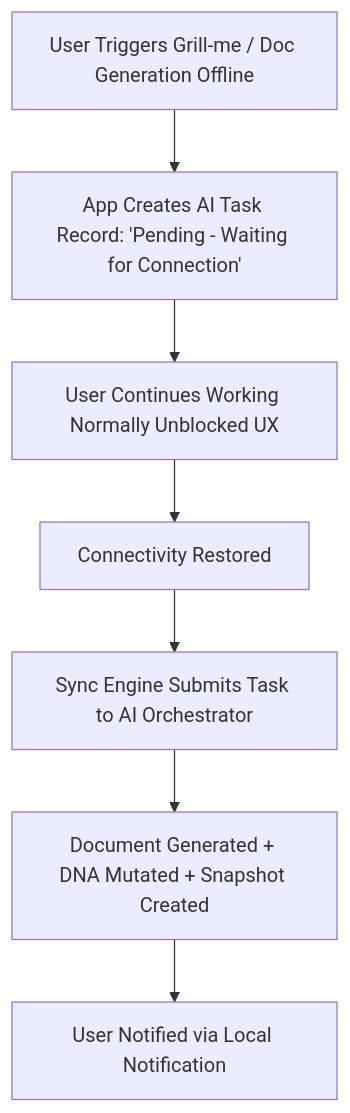
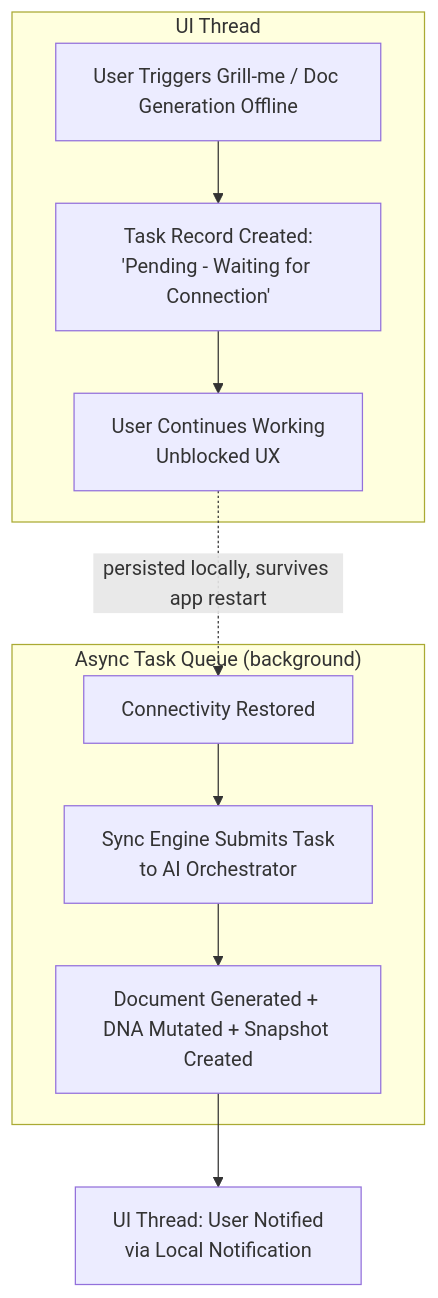
The third of 3 diagrams in docs/vision/03_Product_Flow.md (Pissolato32/ThinkNest), drawn with Mermaid before and after one commit. The commit also changed other lines of this file and 5 other files, not shown here.

````diff
--- a/docs/vision/03_Product_Flow.md
+++ b/docs/vision/03_Product_Flow.md
@@ -51,9 +64,15 @@
 ```mermaid
 graph TD
-    Trigger[User Triggers Grill-me / Doc Generation Offline] --> TaskRecord[App Creates AI Task Record: 'Pending - Waiting for Connection']
-    TaskRecord --> UnblockedUX[User Continues Working Normally Unblocked UX]
-    UnblockedUX --> ConnectionRestored[Connectivity Restored]
-    ConnectionRestored --> SyncEngine[Sync Engine Submits Task to AI Orchestrator]
-    SyncEngine --> GenDoc[Document Generated + DNA Mutated + Snapshot Created]
-    GenDoc --> Notify[User Notified via Local Notification]
+    subgraph UI["UI Thread"]
+        Trigger[User Triggers Grill-me / Doc Generation Offline] --> TaskRecord[Task Record Created:<br/>'Pending - Waiting for Connection']
+        TaskRecord --> UnblockedUX[User Continues Working<br/>Unblocked UX]
+    end
+
+    subgraph Async["Async Task Queue (background)"]
+        ConnectionRestored[Connectivity Restored] --> SyncEngine[Sync Engine Submits Task<br/>to AI Orchestrator]
+        SyncEngine --> GenDoc[Document Generated + DNA Mutated + Snapshot Created]
+    end
+
+    UnblockedUX -.persisted locally, survives app restart.-> ConnectionRestored
+    GenDoc --> Notify[UI Thread: User Notified<br/>via Local Notification]
 ```
````
